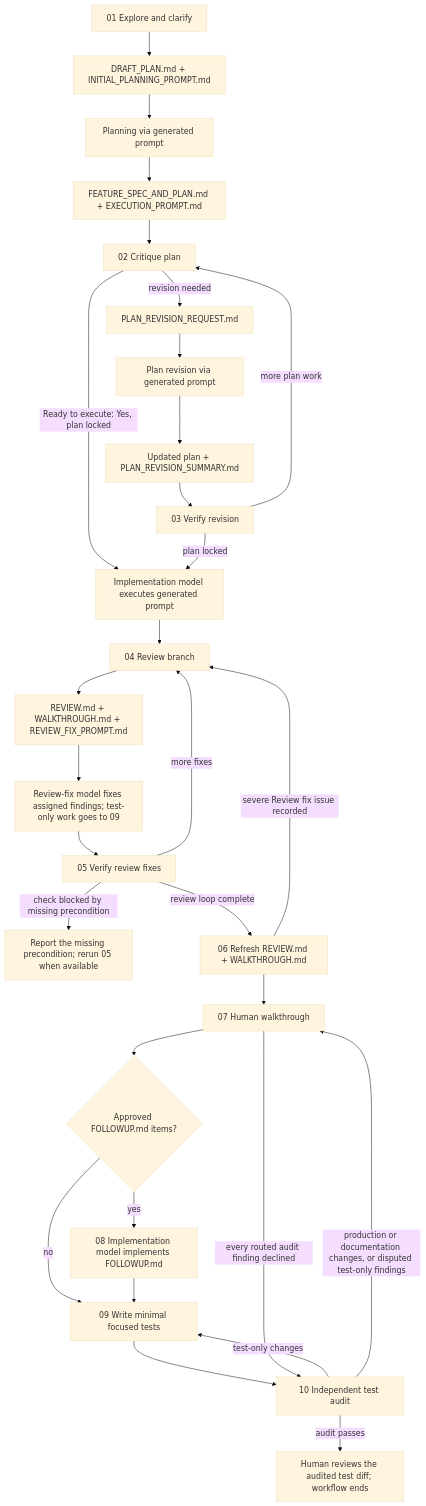
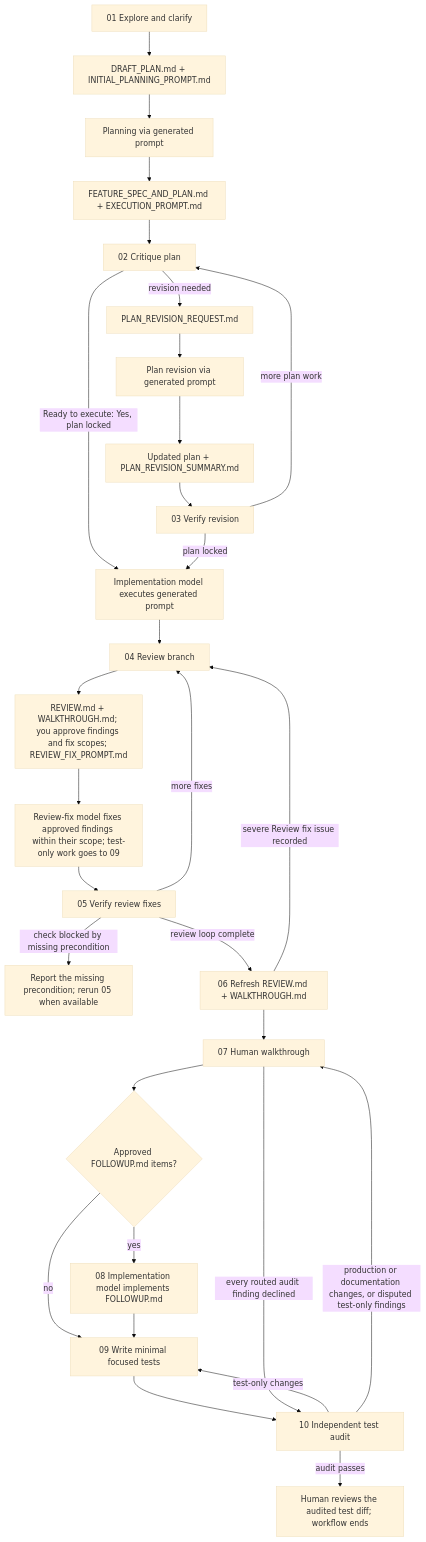
Before and after one commit to viseshrp/ai-coding-workflow: the diagram in README.md, drawn with Mermaid (base theme). The commit also changed other lines of this file and 5 other files, not shown here.

First line of the commit message:
Gate review fixes on human approval and add walkthrough depth

````diff
--- a/README.md
+++ b/README.md
@@ -9,32 +9,32 @@
 ```mermaid
 flowchart TD
     A["01 Explore and clarify"] --> B["DRAFT_PLAN.md + INITIAL_PLANNING_PROMPT.md"]
     B --> C["Planning via generated prompt"]
     C --> D["FEATURE_SPEC_AND_PLAN.md + EXECUTION_PROMPT.md"]
     D --> E["02 Critique plan"]
     E -- "revision needed" --> F["PLAN_REVISION_REQUEST.md"]
     E -- "Ready to execute: Yes, plan locked" --> J
     F --> G["Plan revision via generated prompt"]
     G --> H["Updated plan + PLAN_REVISION_SUMMARY.md"]
     H --> I["03 Verify revision"]
     I -- "more plan work" --> E
     I -- "plan locked" --> J["Implementation model executes generated prompt"]
     J --> K["04 Review branch"]
-    K --> L["REVIEW.md + WALKTHROUGH.md + REVIEW_FIX_PROMPT.md"]
-    L --> M["Review-fix model fixes assigned findings; test-only work goes to 09"]
+    K --> L["REVIEW.md + WALKTHROUGH.md; you approve findings and fix scopes; REVIEW_FIX_PROMPT.md"]
+    L --> M["Review-fix model fixes approved findings within their scope; test-only work goes to 09"]
     M --> N["05 Verify review fixes"]
     N -- "more fixes" --> K
     N -- "check blocked by missing precondition" --> V["Report the missing precondition; rerun 05 when available"]
     N -- "review loop complete" --> O["06 Refresh REVIEW.md + WALKTHROUGH.md"]
     O -- "severe Review fix issue recorded" --> K
     O --> P["07 Human walkthrough"]
     P --> Q{"Approved FOLLOWUP.md items?"}
     Q -- "yes" --> R["08 Implementation model implements FOLLOWUP.md"]
     Q -- "no" --> S["09 Write minimal focused tests"]
     R --> S
     S --> T["10 Independent test audit"]
     T -- "test-only changes" --> S
     T -- "production or documentation changes, or disputed test-only findings" --> P
     P -- "every routed audit finding declined" --> T
     T -- "audit passes" --> U["Human reviews the audited test diff; workflow ends"]
 ```
````
